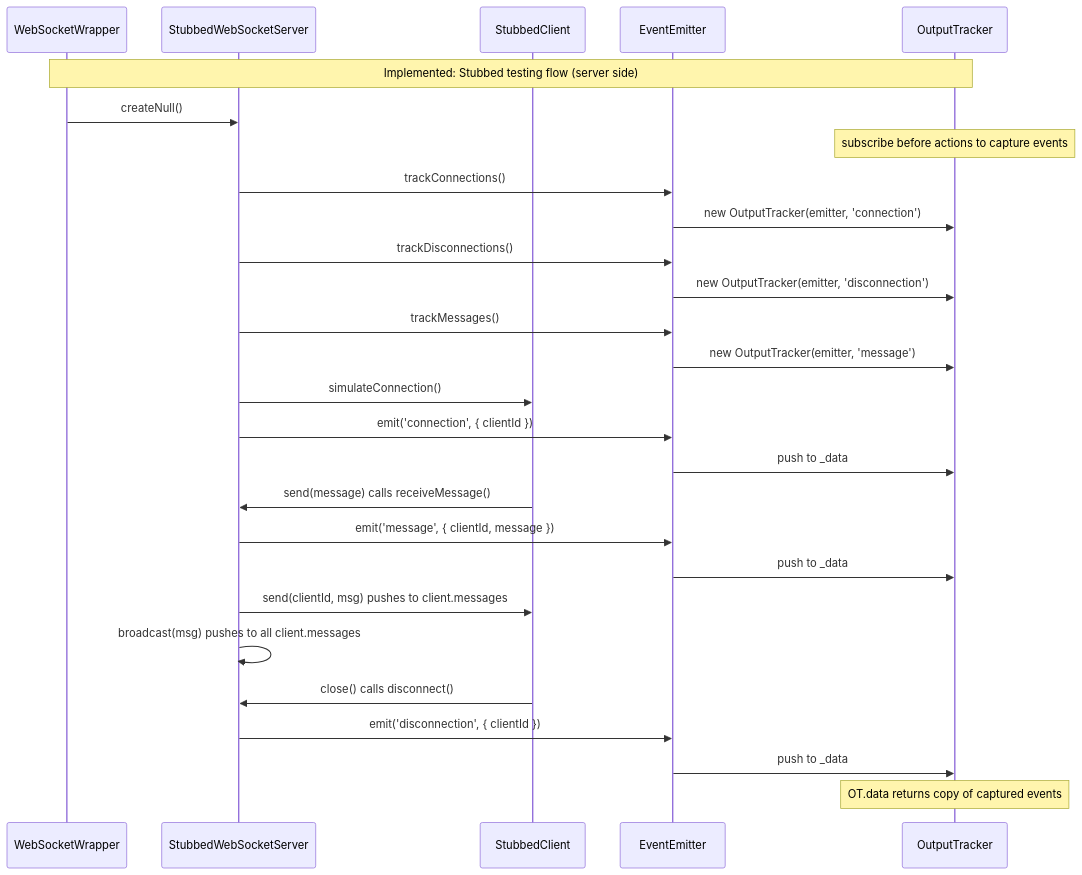
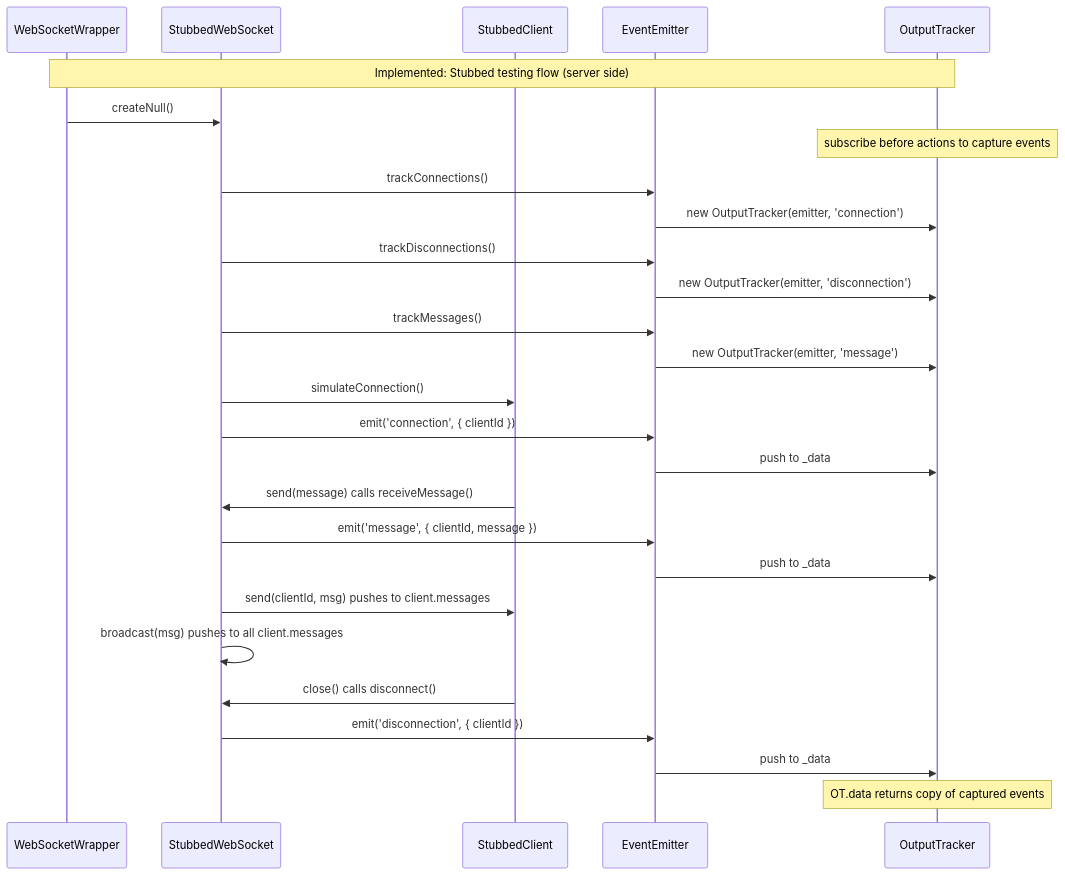
The diagram in docs/websocket-architecture/sequence-stubbed-server-testing.md (ekohacks/ekolite), drawn with Mermaid before and after one commit. The commit also changed 5 other files, not shown here.

First line of the commit message:
docs: update architecture diagrams to match renamed wrappers

````diff
--- a/docs/websocket-architecture/sequence-stubbed-server-testing.md
+++ b/docs/websocket-architecture/sequence-stubbed-server-testing.md
@@ -1,40 +1,40 @@
 ```mermaid
 sequenceDiagram
     participant WW as WebSocketWrapper
-    participant SWS as StubbedWebSocketServer
+    participant SWS as StubbedWebSocket
     participant SC as StubbedClient
     participant EE as EventEmitter
     participant OT as OutputTracker
 
     Note over WW,OT: Implemented: Stubbed testing flow (server side)
 
     WW->>SWS: createNull()
 
     Note over OT: subscribe before actions to capture events
 
     SWS->>EE: trackConnections()
     EE->>OT: new OutputTracker(emitter, 'connection')
 
     SWS->>EE: trackDisconnections()
     EE->>OT: new OutputTracker(emitter, 'disconnection')
 
     SWS->>EE: trackMessages()
     EE->>OT: new OutputTracker(emitter, 'message')
 
     SWS->>SC: simulateConnection()
     SWS->>EE: emit('connection', { clientId })
     EE->>OT: push to _data
 
     SC->>SWS: send(message) calls receiveMessage()
     SWS->>EE: emit('message', { clientId, message })
     EE->>OT: push to _data
 
     SWS->>SC: send(clientId, msg) pushes to client.messages
     SWS->>SWS: broadcast(msg) pushes to all client.messages
 
     SC->>SWS: close() calls disconnect()
     SWS->>EE: emit('disconnection', { clientId })
     EE->>OT: push to _data
 
     Note over OT: OT.data returns copy of captured events
 ```
````
